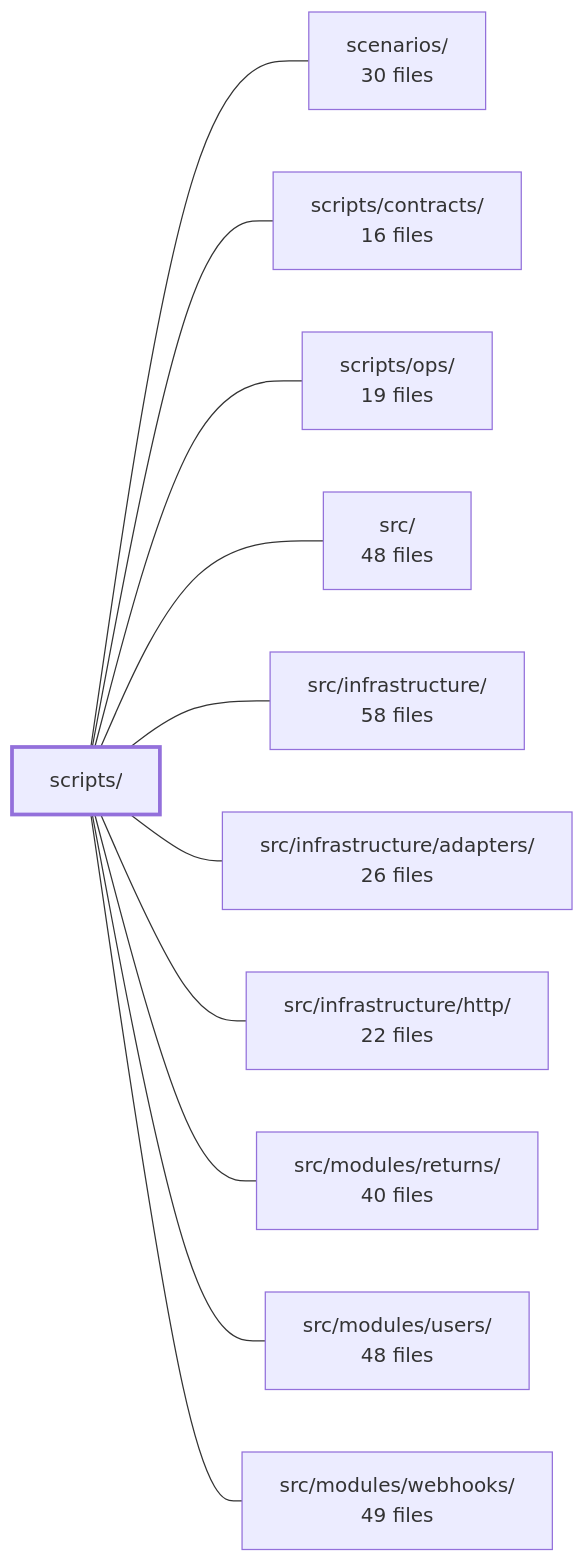
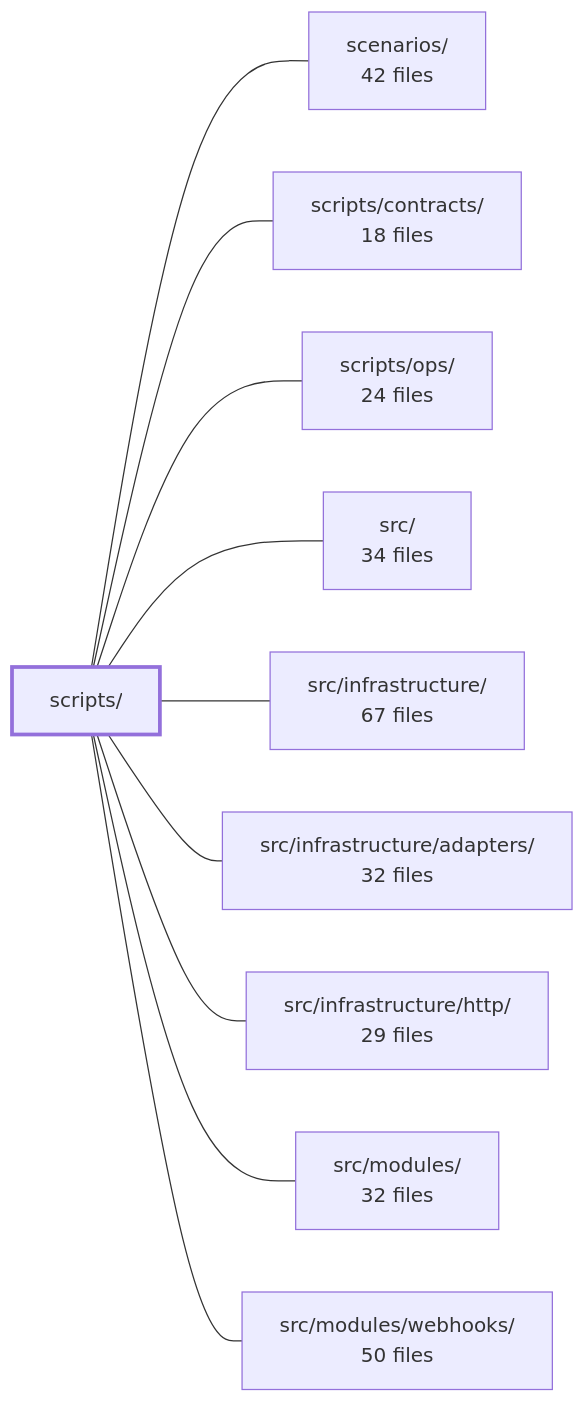
Before and after one commit to Guebbit/boilerplate-node-backend: the diagram in .2brain/modules/boilerplate-node-backend_scripts.md, drawn with Mermaid. The commit also changed other lines of this file and 106 other files, not shown here.

````diff
--- a/.2brain/modules/boilerplate-node-backend_scripts.md
+++ b/.2brain/modules/boilerplate-node-backend_scripts.md
@@ -42,25 +42,23 @@
 ```mermaid
 flowchart LR
     m_scripts["scripts/"]
-    m_scenarios["scenarios/<br/>30 files"]
-    m_scripts_contracts["scripts/contracts/<br/>16 files"]
-    m_scripts_ops["scripts/ops/<br/>19 files"]
-    m_src["src/<br/>48 files"]
-    m_src_infrastructure["src/infrastructure/<br/>58 files"]
-    m_src_infrastructure_adapters["src/infrastructure/adapters/<br/>26 files"]
-    m_src_infrastructure_http["src/infrastructure/http/<br/>22 files"]
-    m_src_modules_returns["src/modules/returns/<br/>40 files"]
-    m_src_modules_users["src/modules/users/<br/>48 files"]
-    m_src_modules_webhooks["src/modules/webhooks/<br/>49 files"]
+    m_scenarios["scenarios/<br/>42 files"]
+    m_scripts_contracts["scripts/contracts/<br/>18 files"]
+    m_scripts_ops["scripts/ops/<br/>24 files"]
+    m_src["src/<br/>34 files"]
+    m_src_infrastructure["src/infrastructure/<br/>67 files"]
+    m_src_infrastructure_adapters["src/infrastructure/adapters/<br/>32 files"]
+    m_src_infrastructure_http["src/infrastructure/http/<br/>29 files"]
+    m_src_modules["src/modules/<br/>32 files"]
+    m_src_modules_webhooks["src/modules/webhooks/<br/>50 files"]
     m_scripts --- m_scenarios
     m_scripts --- m_scripts_contracts
     m_scripts --- m_scripts_ops
     m_scripts --- m_src
     m_scripts --- m_src_infrastructure
     m_scripts --- m_src_infrastructure_adapters
     m_scripts --- m_src_infrastructure_http
-    m_scripts --- m_src_modules_returns
-    m_scripts --- m_src_modules_users
+    m_scripts --- m_src_modules
     m_scripts --- m_src_modules_webhooks
     style m_scripts stroke-width:3px
 ```
````
